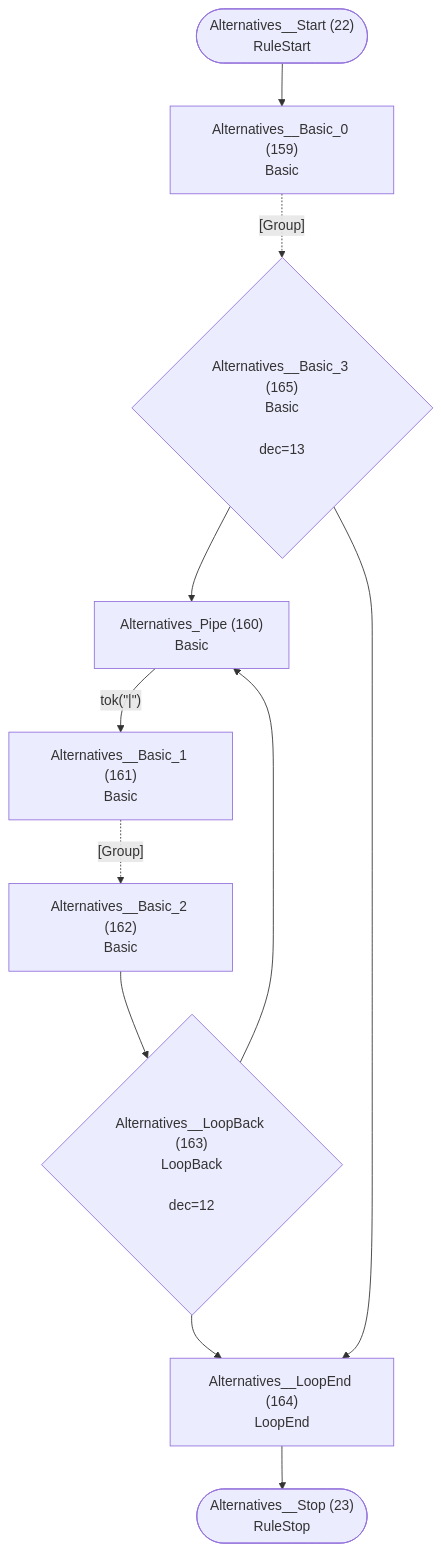
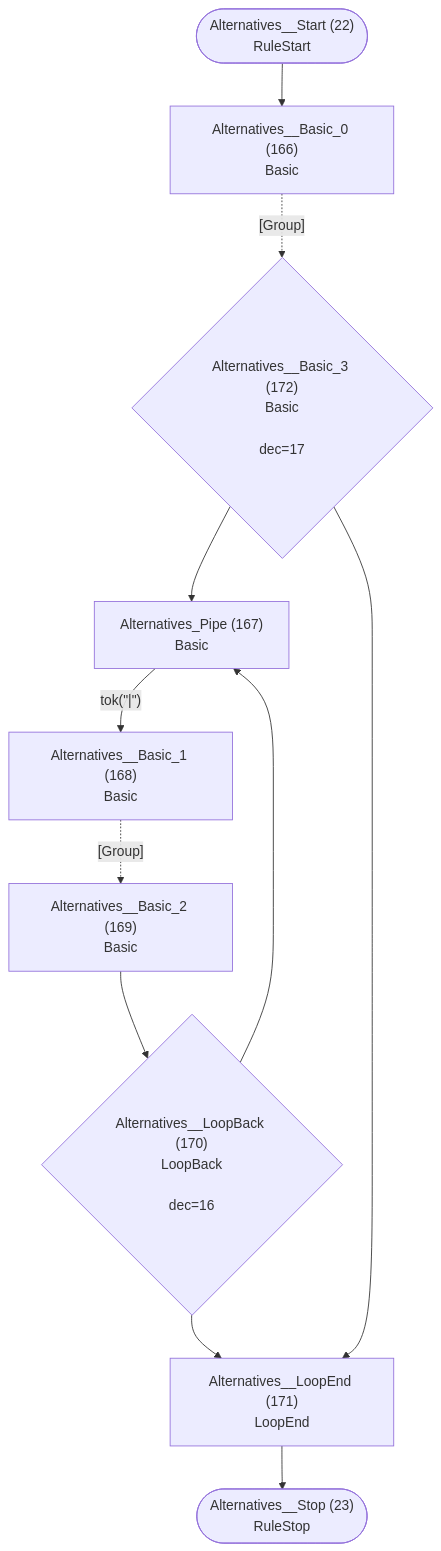
Before and after one commit to TypeFox/fastbelt: diagram 12 of 26 in internal/grammar/atn.md, drawn with Mermaid. The commit also changed other lines of this file and 25 other files, not shown here.

````diff
--- a/internal/grammar/atn.md
+++ b/internal/grammar/atn.md
@@ -348,23 +366,23 @@
 ```mermaid
 flowchart TD
     q22(["Alternatives__Start (22)<br/>RuleStart"])
     q23(["Alternatives__Stop (23)<br/>RuleStop"])
-    q159["Alternatives__Basic_0 (159)<br/>Basic<br/>"]
-    q160["Alternatives_Pipe (160)<br/>Basic<br/>"]
-    q161["Alternatives__Basic_1 (161)<br/>Basic<br/>"]
-    q162["Alternatives__Basic_2 (162)<br/>Basic<br/>"]
-    q163{"Alternatives__LoopBack (163)<br/>LoopBack<br/><br/>dec=12"}
-    q164["Alternatives__LoopEnd (164)<br/>LoopEnd<br/>"]
-    q165{"Alternatives__Basic_3 (165)<br/>Basic<br/><br/>dec=13"}
+    q166["Alternatives__Basic_0 (166)<br/>Basic<br/>"]
+    q167["Alternatives_Pipe (167)<br/>Basic<br/>"]
+    q168["Alternatives__Basic_1 (168)<br/>Basic<br/>"]
+    q169["Alternatives__Basic_2 (169)<br/>Basic<br/>"]
+    q170{"Alternatives__LoopBack (170)<br/>LoopBack<br/><br/>dec=16"}
+    q171["Alternatives__LoopEnd (171)<br/>LoopEnd<br/>"]
+    q172{"Alternatives__Basic_3 (172)<br/>Basic<br/><br/>dec=17"}
 
-    q22 --> q159
-    q159 -.->|"[Group]"| q165
-    q160 -->|"tok(&quot;|&quot;)"| q161
-    q161 -.->|"[Group]"| q162
-    q162 --> q163
-    q163 --> q160
-    q163 --> q164
-    q164 --> q23
-    q165 --> q160
-    q165 --> q164
+    q22 --> q166
+    q166 -.->|"[Group]"| q172
+    q167 -->|"tok(&quot;|&quot;)"| q168
+    q168 -.->|"[Group]"| q169
+    q169 --> q170
+    q170 --> q167
+    q170 --> q171
+    q171 --> q23
+    q172 --> q167
+    q172 --> q171
 ```
````
